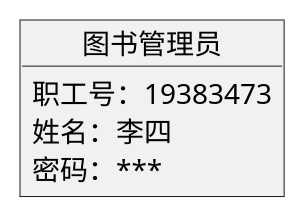
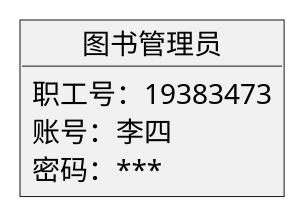
Before and after one commit to duolalu/is_analysis: the diagram in test3/图书管理员.puml, drawn with PlantUML. The commit also changed other lines of this file and 3 other files, not shown here.

```diff
--- a/test3/图书管理员.puml
+++ b/test3/图书管理员.puml
@@ -1,9 +1,7 @@
 @startuml
-
 object 图书管理员{
          职工号：19383473
-         姓名：李四
+         账号：李四
          密码：***
 }
-
 @enduml
```
